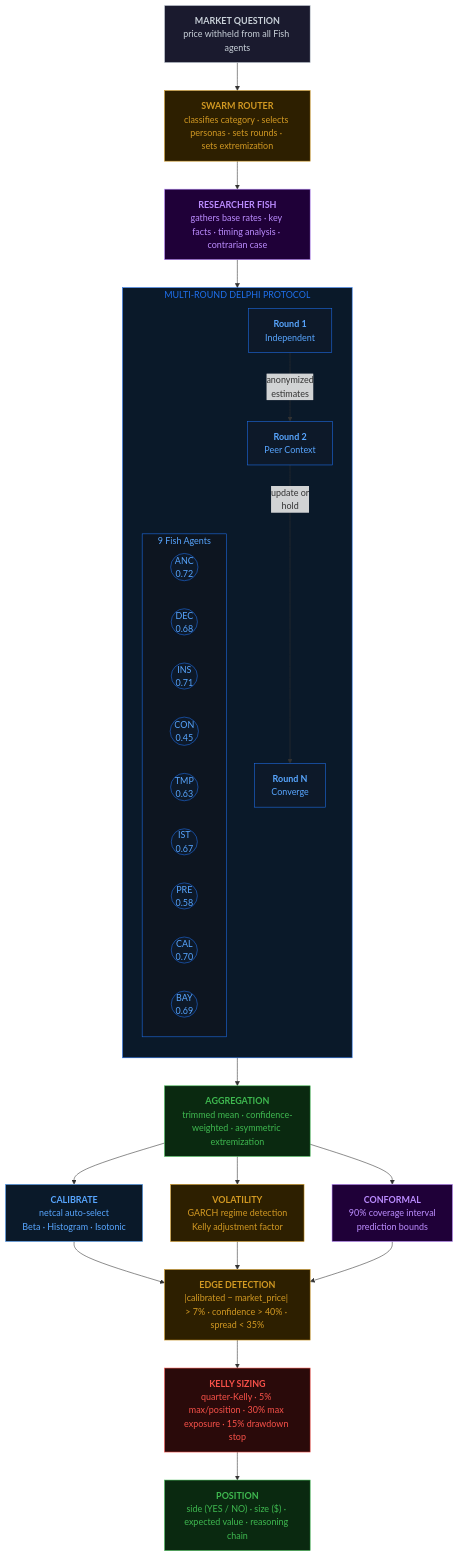
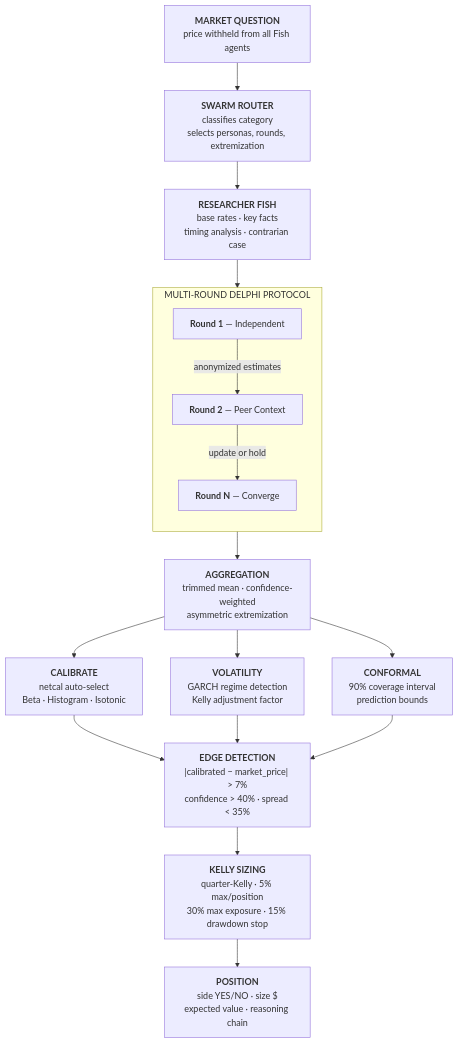
Before and after one commit to ksk5429/quant: the first of 4 diagrams in README.md, drawn with Mermaid. The commit also changed other lines of this file, not shown here.

````diff
--- a/README.md
+++ b/README.md
@@ -35,66 +38,54 @@
 ```mermaid
 flowchart TD
-    A["<b>MARKET QUESTION</b><br/>price withheld from all Fish agents"]
-    B["<b>SWARM ROUTER</b><br/>classifies category · selects personas · sets rounds · sets extremization"]
-    C["<b>RESEARCHER FISH</b><br/>gathers base rates · key facts · timing analysis · contrarian case"]
+    A["`**MARKET QUESTION**
+    price withheld from all Fish agents`"]
 
-    subgraph DELPHI ["MULTI-ROUND DELPHI PROTOCOL"]
+    B["`**SWARM ROUTER**
+    classifies category
+    selects personas, rounds, extremization`"]
+
+    C["`**RESEARCHER FISH**
+    base rates · key facts
+    timing analysis · contrarian case`"]
+
+    subgraph DELPHI [" MULTI-ROUND DELPHI PROTOCOL "]
         direction TB
-        R1["<b>Round 1</b><br/>Independent"]
-        R2["<b>Round 2</b><br/>Peer Context"]
-        RN["<b>Round N</b><br/>Converge"]
-        R1 -->|"anonymized<br/>estimates"| R2 -->|"update or<br/>hold"| RN
-
-        subgraph FISH ["9 Fish Agents"]
-            direction LR
-            F1(("ANC<br/>0.72"))
-            F2(("DEC<br/>0.68"))
-            F3(("INS<br/>0.71"))
-            F4(("CON<br/>0.45"))
-            F5(("TMP<br/>0.63"))
-            F6(("IST<br/>0.67"))
-            F7(("PRE<br/>0.58"))
-            F8(("CAL<br/>0.70"))
-            F9(("BAY<br/>0.69"))
-        end
+        R1["`**Round 1** — Independent`"]
+        R2["`**Round 2** — Peer Context`"]
+        RN["`**Round N** — Converge`"]
+        R1 -- "anonymized estimates" --> R2 -- "update or hold" --> RN
     end
 
-    D["<b>AGGREGATION</b><br/>trimmed mean · confidence-weighted · asymmetric extremization"]
+    D["`**AGGREGATION**
+    trimmed mean · confidence-weighted
+    asymmetric extremization`"]
 
-    E1["<b>CALIBRATE</b><br/>netcal auto-select<br/>Beta · Histogram · Isotonic"]
-    E2["<b>VOLATILITY</b><br/>GARCH regime detection<br/>Kelly adjustment factor"]
-    E3["<b>CONFORMAL</b><br/>90% coverage interval<br/>prediction bounds"]
+    E1["`**CALIBRATE**
+    netcal auto-select
+    Beta · Histogram · Isotonic`"]
 
-    F["<b>EDGE DETECTION</b><br/>|calibrated − market_price| &gt; 7% · confidence &gt; 40% · spread &lt; 35%"]
-    G["<b>KELLY SIZING</b><br/>quarter-Kelly · 5% max/position · 30% max exposure · 15% drawdown stop"]
-    H["<b>POSITION</b><br/>side (YES / NO) · size ($) · expected value · reasoning chain"]
+    E2["`**VOLATILITY**
+    GARCH regime detection
+    Kelly adjustment factor`"]
+
+    E3["`**CONFORMAL**
+    90% coverage interval
+    prediction bounds`"]
+
+    F["`**EDGE DETECTION**
+    |calibrated − market_price| > 7%
+    confidence > 40% · spread < 35%`"]
+
+    G["`**KELLY SIZING**
+    quarter-Kelly · 5% max/position
+    30% max exposure · 15% drawdown stop`"]
+
+    H["`**POSITION**
+    side YES/NO · size $
+    expected value · reasoning chain`"]
 
     A --> B --> C --> DELPHI --> D
     D --> E1 & E2 & E3
-    E1 & E2 & E3 --> F --> G --> H
-
-    style A fill:#1a1a2e,stroke:#c9d1d9,color:#c9d1d9
-    style B fill:#2d1f00,stroke:#d29922,color:#d29922
-    style C fill:#1f0038,stroke:#bc8cff,color:#bc8cff
-    style DELPHI fill:#0a1929,stroke:#1f6feb,color:#1f6feb
-    style FISH fill:#0d1520,stroke:#1f6feb,color:#58a6ff
-    style R1 fill:#0d1929,stroke:#1f6feb,color:#58a6ff
-    style R2 fill:#0d1929,stroke:#1f6feb,color:#58a6ff
-    style RN fill:#0d1929,stroke:#1f6feb,color:#58a6ff
-    style F1 fill:#0d1929,stroke:#1f6feb,color:#58a6ff
-    style F2 fill:#0d1929,stroke:#1f6feb,color:#58a6ff
-    style F3 fill:#0d1929,stroke:#1f6feb,color:#58a6ff
-    style F4 fill:#0d1929,stroke:#1f6feb,color:#58a6ff
-    style F5 fill:#0d1929,stroke:#1f6feb,color:#58a6ff
-    style F6 fill:#0d1929,stroke:#1f6feb,color:#58a6ff
-    style F7 fill:#0d1929,stroke:#1f6feb,color:#58a6ff
-    style F8 fill:#0d1929,stroke:#1f6feb,color:#58a6ff
-    style F9 fill:#0d1929,stroke:#1f6feb,color:#58a6ff
-    style D fill:#0a2910,stroke:#3fb950,color:#3fb950
-    style E1 fill:#0a1929,stroke:#58a6ff,color:#58a6ff
-    style E2 fill:#2d1f00,stroke:#d29922,color:#d29922
-    style E3 fill:#1f0038,stroke:#bc8cff,color:#bc8cff
-    style F fill:#2d1f00,stroke:#d29922,color:#d29922
-    style G fill:#2a0a0a,stroke:#f85149,color:#f85149
-    style H fill:#0a2910,stroke:#3fb950,color:#3fb950
+    E1 & E2 & E3 --> F
+    F --> G --> H
 ```
````
